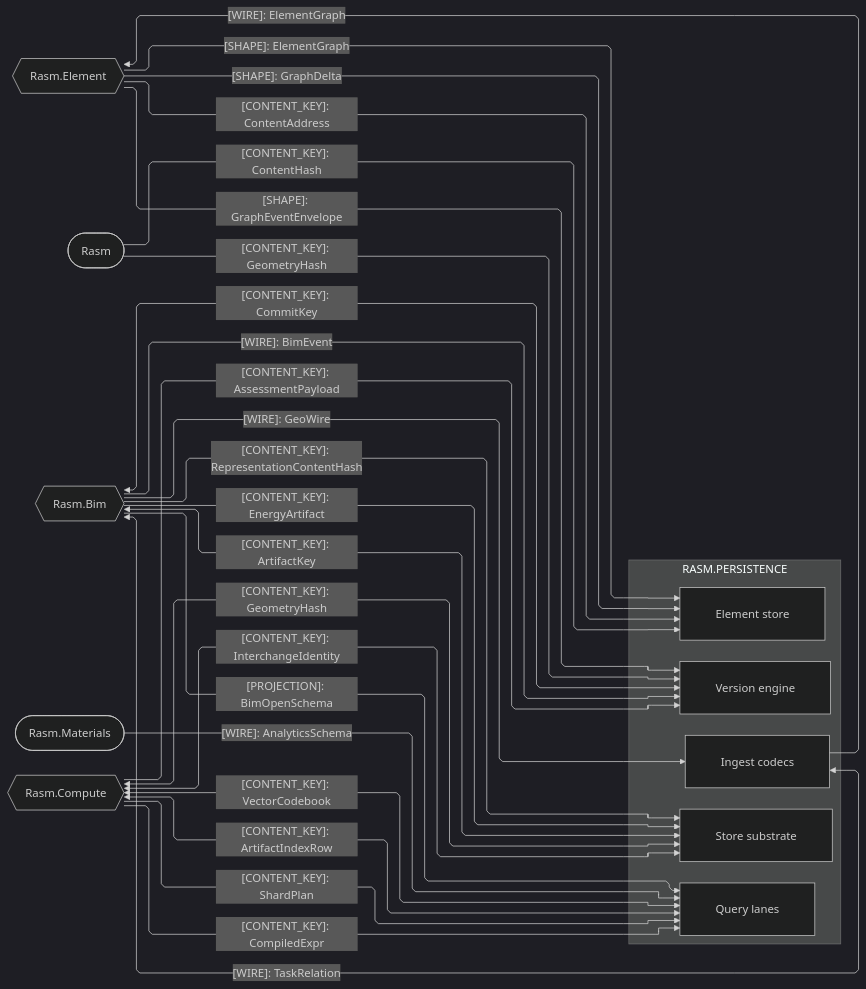
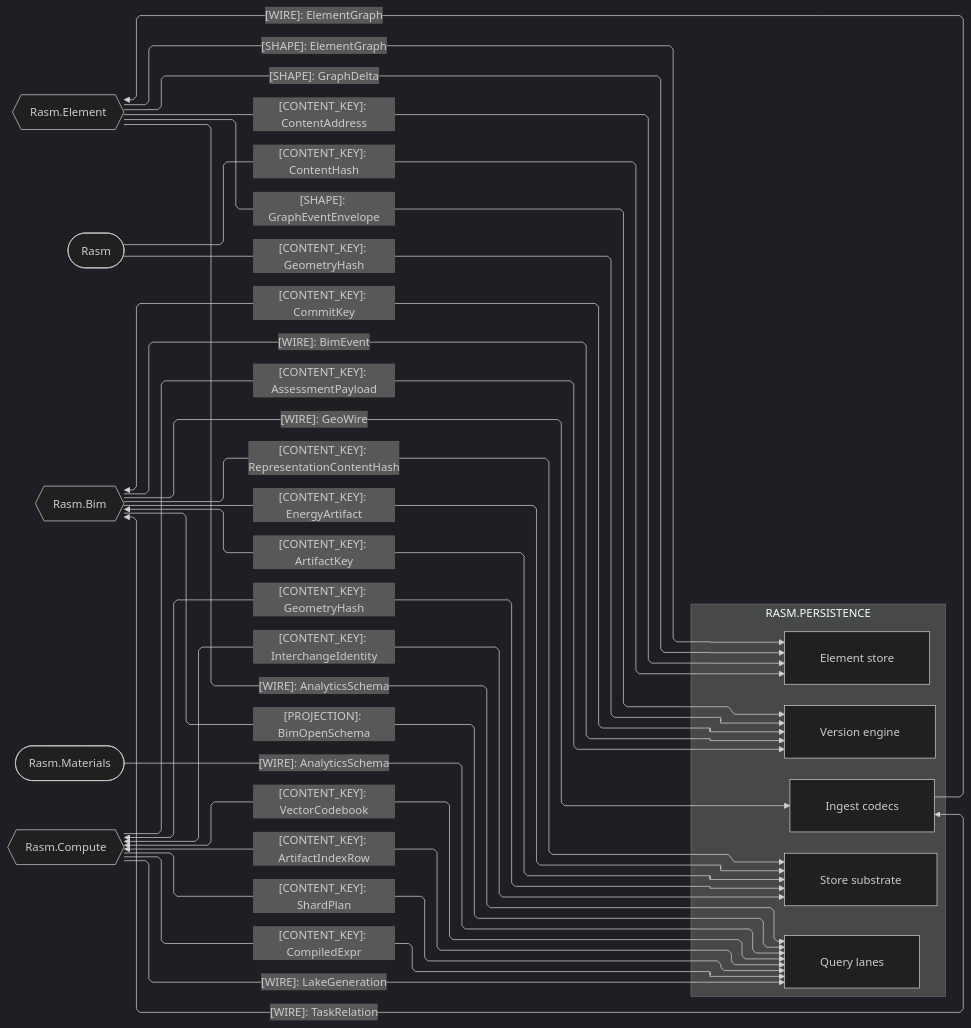
One commit to bsamiee/Rasm changed the second of 4 diagrams in libs/csharp/Rasm.Persistence/ARCHITECTURE.md. Above: the diagram before and after it, drawn with Mermaid (dark theme). The commit also changed other lines of this file and 249 other files, not shown here.

````diff
--- a/libs/csharp/Rasm.Persistence/ARCHITECTURE.md
+++ b/libs/csharp/Rasm.Persistence/ARCHITECTURE.md
@@ -98,47 +98,49 @@
 ```mermaid
 ---
 config:
   layout: elk
   flowchart:
     curve: linear
     padding: 25
 ---
 flowchart LR
     accTitle: Persistence domain and kernel content seams
     accDescr: Persistence sub-domain owners exchanging shapes, content keys, wires, and projections with the kernel and every AEC peer.
     subgraph persistence[RASM.PERSISTENCE]
         Element[Element store]
         Version[Version engine]
         Query[Query lanes]
         Ingest[Ingest codecs]
         Store[Store substrate]
     end
     RasmElement{{Rasm.Element}}
     Rasm([Rasm])
     Bim{{Rasm.Bim}}
     Materials([Rasm.Materials])
     Compute{{Rasm.Compute}}
     RasmElement e1@-->|"[SHAPE]: ElementGraph"| Element
     RasmElement e12@-->|"[SHAPE]: GraphDelta"| Element
     RasmElement e13@-->|"[CONTENT_KEY]: ContentAddress"| Element
     RasmElement e25@-->|"[SHAPE]: GraphEventEnvelope"| Version
     Ingest e2@-->|"[WIRE]: ElementGraph"| RasmElement
     Rasm e3@-->|"[CONTENT_KEY]: ContentHash"| Element
     Rasm e4@-->|"[CONTENT_KEY]: GeometryHash"| Version
     Bim e5@-->|"[PROJECTION]: BimOpenSchema"| Query
     Bim e6@-->|"[CONTENT_KEY]: RepresentationContentHash"| Store
     Bim e15@-->|"[CONTENT_KEY]: EnergyArtifact"| Store
     Bim e16@<-->|"[CONTENT_KEY]: ArtifactKey"| Store
     Bim e17@<-->|"[CONTENT_KEY]: CommitKey"| Version
     Bim e18@-->|"[WIRE]: BimEvent"| Version
     Ingest e7@<-->|"[WIRE]: TaskRelation"| Bim
     Bim e14@-->|"[WIRE]: GeoWire"| Ingest
+    RasmElement e27@-->|"[WIRE]: AnalyticsSchema"| Query
     Materials e19@-->|"[WIRE]: AnalyticsSchema"| Query
     Compute e8@-->|"[CONTENT_KEY]: AssessmentPayload"| Version
     Compute e9@<-->|"[CONTENT_KEY]: VectorCodebook"| Query
     Compute e10@<-->|"[CONTENT_KEY]: ArtifactIndexRow"| Query
     Compute e20@-->|"[CONTENT_KEY]: ShardPlan"| Query
     Compute e21@-->|"[CONTENT_KEY]: CompiledExpr"| Query
     Compute e11@<-->|"[CONTENT_KEY]: GeometryHash"| Store
     Compute e22@<-->|"[CONTENT_KEY]: InterchangeIdentity"| Store
+    Compute e26@-->|"[WIRE]: LakeGeneration"| Query
 ```
````
